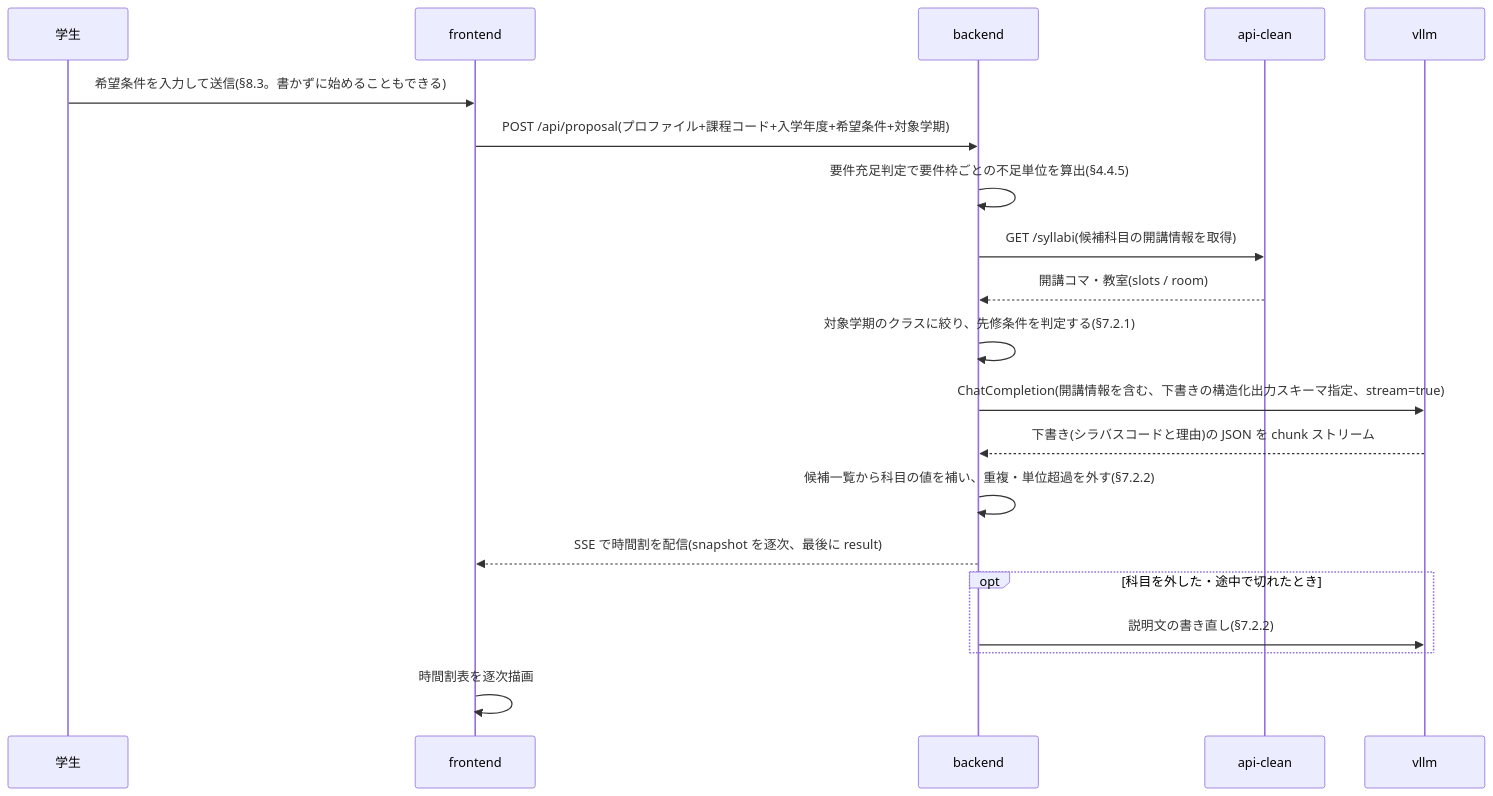
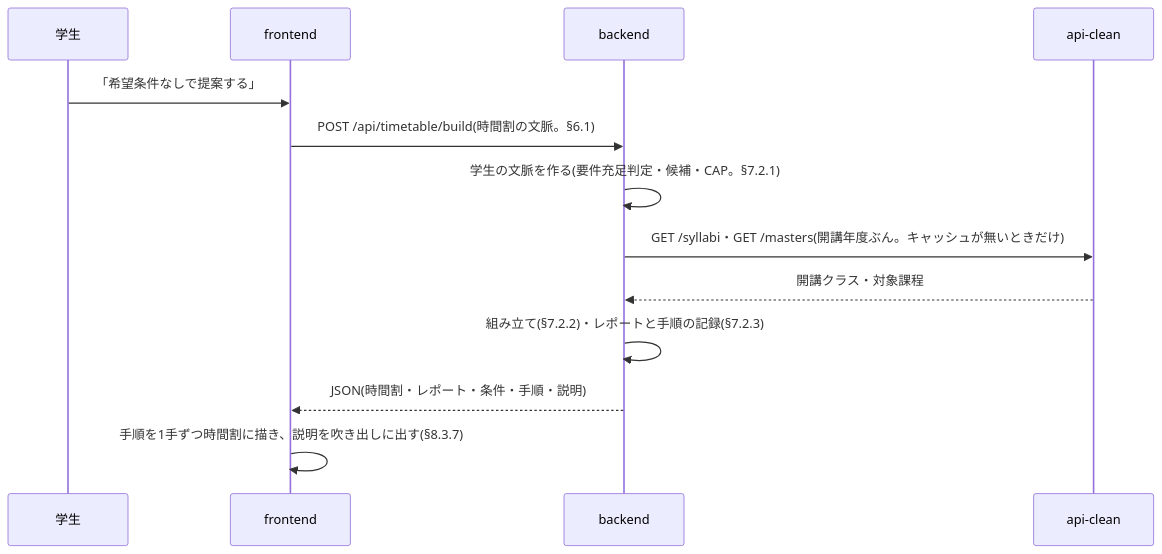
One commit to ProjectResearch2026/Syllabel changed the second of 4 diagrams in docs/design/05-interfaces.md. Above: the diagram before and after it, drawn with Mermaid. The commit also changed other lines of this file and 95 other files, not shown here.

````diff
--- a/docs/design/05-interfaces.md
+++ b/docs/design/05-interfaces.md
@@ -366,22 +399,15 @@
 ```mermaid
 sequenceDiagram
   participant User as 学生
   participant FE as frontend
   participant BE as backend
   participant API as api-clean
-  participant LLM as vllm
-  User->>FE: 希望条件を入力して送信(§8.3。書かずに始めることもできる)
-  FE->>BE: POST /api/proposal(プロファイル+課程コード+入学年度+希望条件+対象学期)
-  BE->>BE: 要件充足判定で要件枠ごとの不足単位を算出(§4.4.5)
-  BE->>API: GET /syllabi(候補科目の開講情報を取得)
-  API-->>BE: 開講コマ・教室(slots / room)
-  BE->>BE: 対象学期のクラスに絞り、先修条件を判定する(§7.2.1)
-  BE->>LLM: ChatCompletion(開講情報を含む、下書きの構造化出力スキーマ指定、stream=true)
-  LLM-->>BE: 下書き(シラバスコードと理由)の JSON を chunk ストリーム
-  BE->>BE: 候補一覧から科目の値を補い、重複・単位超過を外す(§7.2.2)
-  BE-->>FE: SSE で時間割を配信(snapshot を逐次、最後に result)
-  opt 科目を外した・途中で切れたとき
-    BE->>LLM: 説明文の書き直し(§7.2.2)
-  end
-  FE->>FE: 時間割表を逐次描画
+  User->>FE: 「希望条件なしで提案する」
+  FE->>BE: POST /api/timetable/build(時間割の文脈。§6.1)
+  BE->>BE: 学生の文脈を作る(要件充足判定・候補・CAP。§7.2.1)
+  BE->>API: GET /syllabi・GET /masters(開講年度ぶん。キャッシュが無いときだけ)
+  API-->>BE: 開講クラス・対象課程
+  BE->>BE: 組み立て(§7.2.2)・レポートと手順の記録(§7.2.3)
+  BE-->>FE: JSON(時間割・レポート・条件・手順・説明)
+  FE->>FE: 手順を1手ずつ時間割に描き、説明を吹き出しに出す(§8.3.7)
 ```
````
